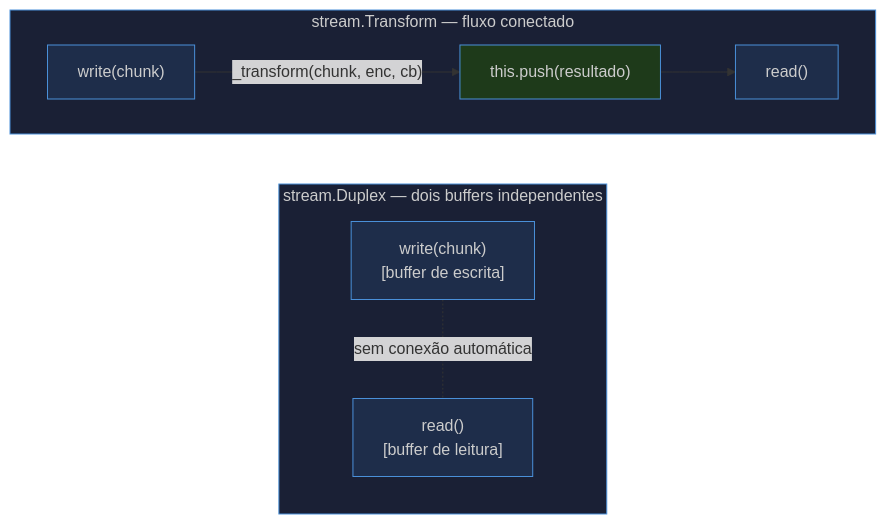
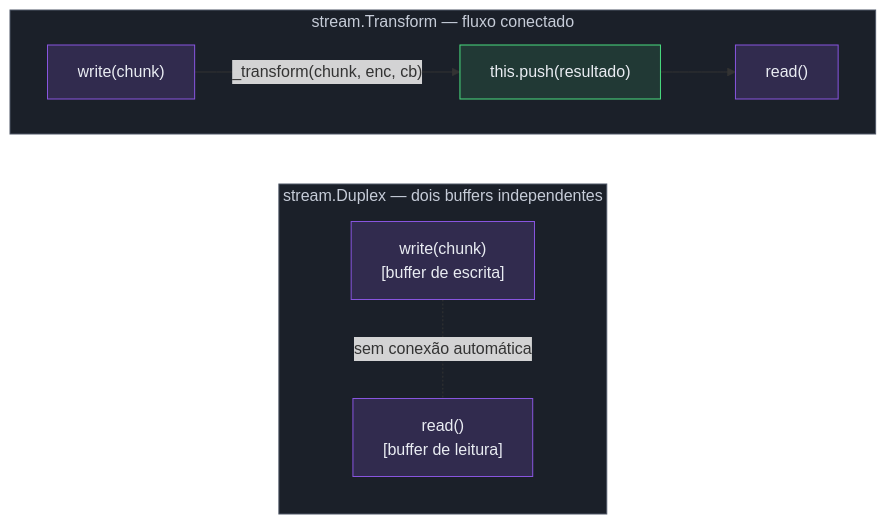
Before and after one commit to josenaldo/codex-technomanticus: the diagram in 03-Dominios/Tecnologia/Node/Streams/05 - Duplex e Transform.md, drawn with Mermaid. The commit also changed 1181 other files, not shown here.

First line of the commit message:
fix(diagramas): paleta do sistema no lugar de cor cravada no markdown

````diff
--- a/03-Dominios/Tecnologia/Node/Streams/05 - Duplex e Transform.md
+++ b/03-Dominios/Tecnologia/Node/Streams/05 - Duplex e Transform.md
@@ -64,22 +64,25 @@
 ```mermaid
 flowchart LR
+    classDef neutro fill:#1B2029,stroke:#4E5666,color:#C6CCD8
+    classDef marca fill:#8855DF33,stroke:#8855DF,color:#E9ECF2
+    classDef ok fill:#4ADE8021,stroke:#4ADE80,color:#E9ECF2
     subgraph DUPLEX ["stream.Duplex — dois buffers independentes"]
         direction TB
         WA["write(chunk)\n[buffer de escrita]"]
         RA["read()\n[buffer de leitura]"]
         WA -. "sem conexão automática" .- RA
     end
 
     subgraph TRANSFORM ["stream.Transform — fluxo conectado"]
         direction LR
         WB["write(chunk)"] -->|"_transform(chunk, enc, cb)"| TR["this.push(resultado)"] --> RB["read()"]
     end
 
-    style DUPLEX fill:#1a2035,stroke:#4A90D9,color:#ccc
-    style TRANSFORM fill:#1a2035,stroke:#4A90D9,color:#ccc
-    style WA fill:#1e2d4a,stroke:#4A90D9,color:#ccc
-    style RA fill:#1e2d4a,stroke:#4A90D9,color:#ccc
-    style WB fill:#1e2d4a,stroke:#4A90D9,color:#ccc
-    style TR fill:#1e3a1a,stroke:#4A90D9,color:#ccc
-    style RB fill:#1e2d4a,stroke:#4A90D9,color:#ccc
+    class DUPLEX neutro
+    class TRANSFORM neutro
+    class WA marca
+    class RA marca
+    class WB marca
+    class TR ok
+    class RB marca
 ```
````
